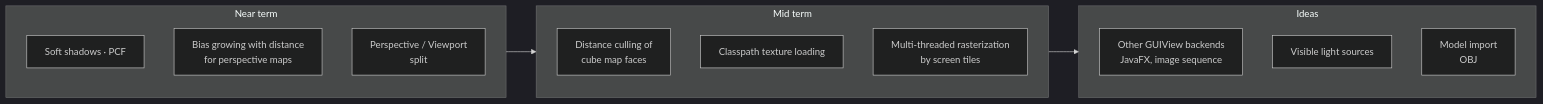
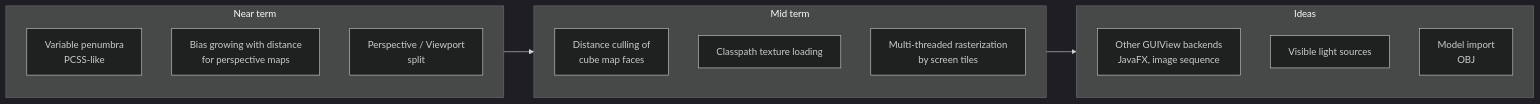
Diagram 20 of 20 in docs/DESIGN.md (obarry/Aventura), drawn with Mermaid (dark theme) before and after one commit. The commit also changed other lines of this file and 16 other files, not shown here.

````diff
--- a/docs/DESIGN.md
+++ b/docs/DESIGN.md
@@ -771,19 +808,19 @@
 ```mermaid
 flowchart LR
     subgraph NOW["Near term"]
-        n1[Soft shadows · PCF]
+        n1[Variable penumbra<br/>PCSS-like]
         n2[Bias growing with distance<br/>for perspective maps]
         n4[Perspective / Viewport<br/>split]
     end
     subgraph NEXT["Mid term"]
         m1[Distance culling of<br/>cube map faces]
         m2[Classpath texture loading]
         m3[Multi-threaded rasterization<br/>by screen tiles]
     end
     subgraph LATER["Ideas"]
         l1[Other GUIView backends<br/>JavaFX, image sequence]
         l2[Visible light sources]
         l3[Model import<br/>OBJ]
     end
     NOW --> NEXT --> LATER
 ```
````
